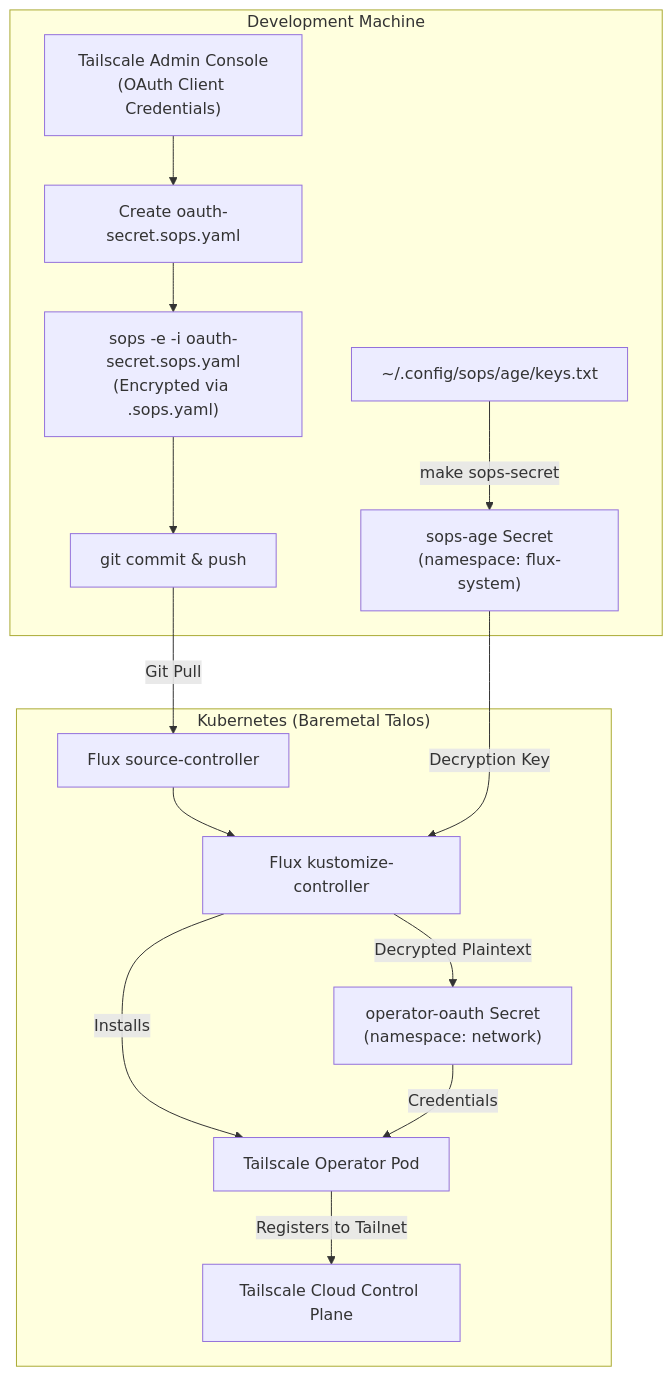
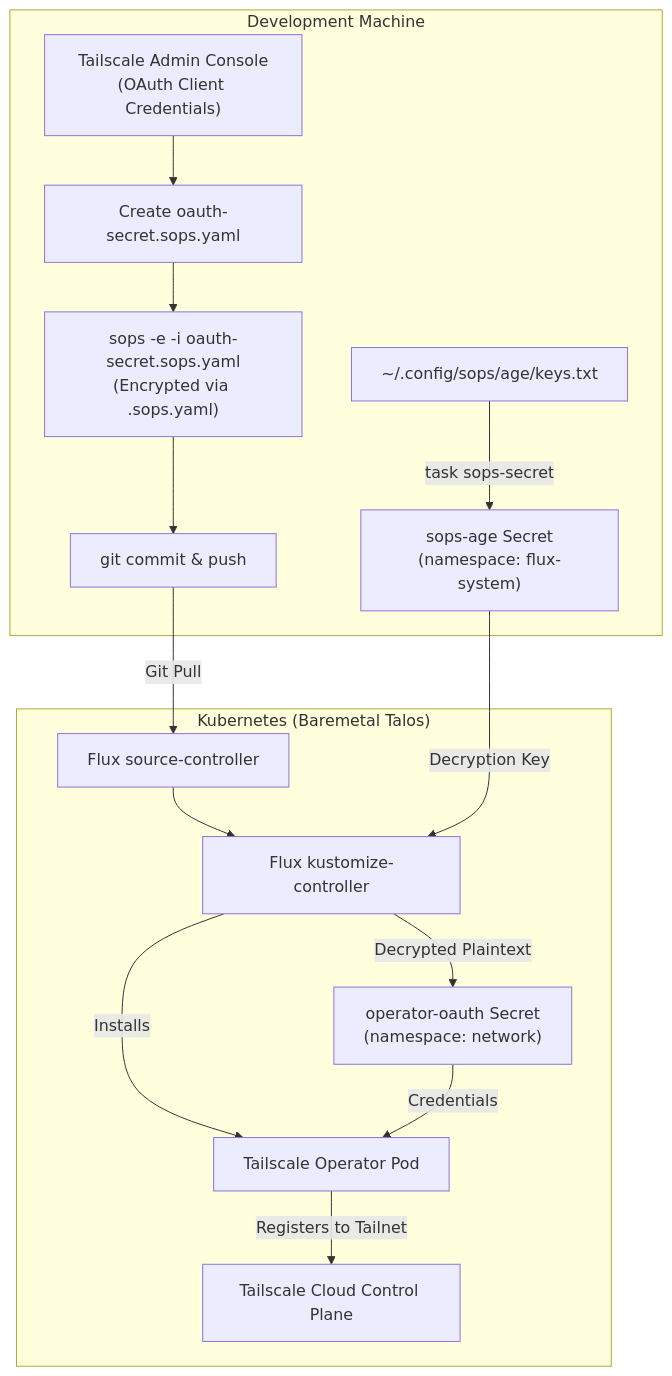
The first of 2 diagrams in docs/tailscale-setup.md (isaacvicente/homelab), drawn with Mermaid before and after one commit. The commit also changed other lines of this file and 11 other files, not shown here.

````diff
--- a/docs/tailscale-setup.md
+++ b/docs/tailscale-setup.md
@@ -11,19 +11,19 @@
 ```mermaid
 flowchart TD
     subgraph Local["Development Machine"]
         A["Tailscale Admin Console<br/>(OAuth Client Credentials)"] --> B["Create oauth-secret.sops.yaml"]
         B --> C["sops -e -i oauth-secret.sops.yaml<br/>(Encrypted via .sops.yaml)"]
         C --> D["git commit & push"]
-        E["~/.config/sops/age/keys.txt"] -->|make sops-secret| F["sops-age Secret<br/>(namespace: flux-system)"]
+        E["~/.config/sops/age/keys.txt"] -->|task sops-secret| F["sops-age Secret<br/>(namespace: flux-system)"]
     end
 
     subgraph Cluster["Kubernetes (Baremetal Talos)"]
         D -->|Git Pull| G["Flux source-controller"]
         G --> H["Flux kustomize-controller"]
         F -->|Decryption Key| H
         H -->|Decrypted Plaintext| I["operator-oauth Secret<br/>(namespace: network)"]
         H -->|Installs| J["Tailscale Operator Pod"]
         I -->|Credentials| J
         J -->|Registers to Tailnet| K["Tailscale Cloud Control Plane"]
     end
 ```
````
